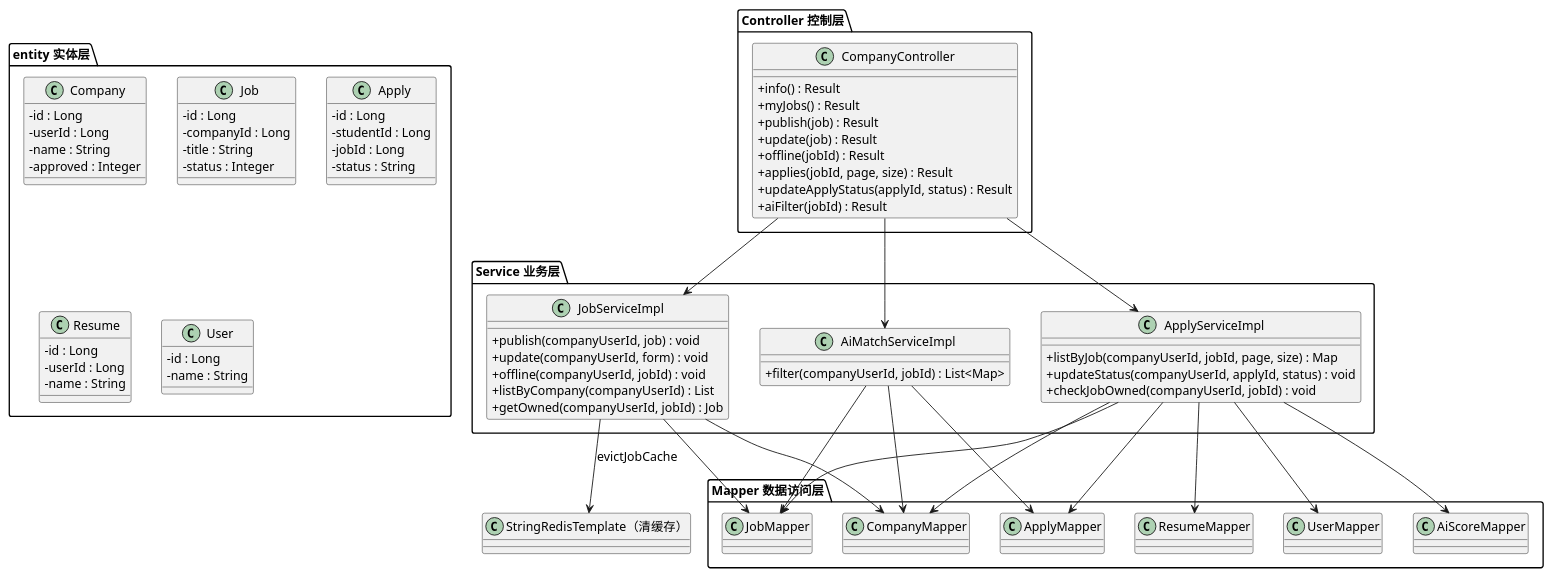
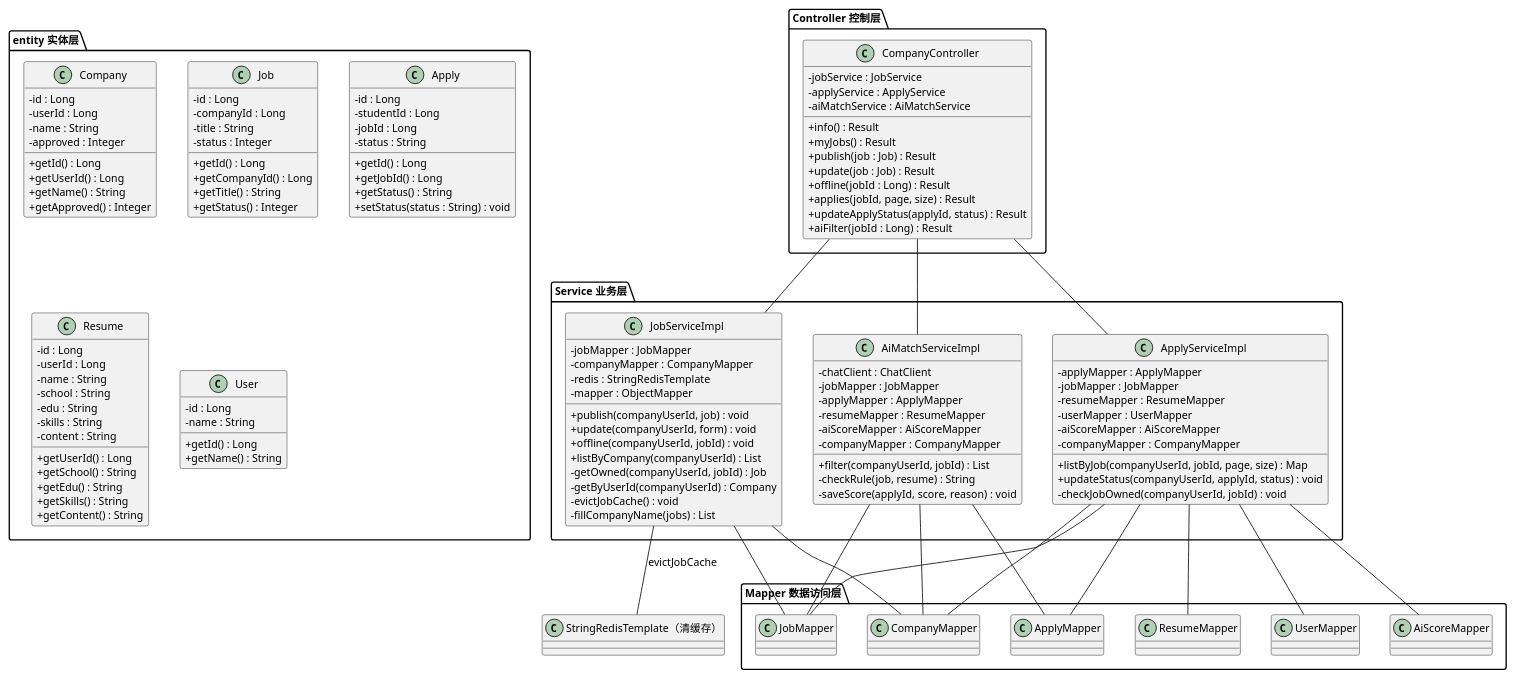
The diagram in uml/何贵剑/design-class-company.puml (sheep7-bot/recruit-internship-system), drawn with PlantUML before and after one commit. The commit also changed 61 other files, not shown here.

Commit message:
完善 AI 简历解析服务，更新 UML 图集；API Key 改为环境变量读取

```diff
--- a/uml/何贵剑/design-class-company.puml
+++ b/uml/何贵剑/design-class-company.puml
@@ -1,94 +1,142 @@
 @startuml 何贵剑-企业端设计类图
 skinparam defaultFontName "Microsoft YaHei"
 skinparam classAttributeIconSize 0
-skinparam defaultFontSize 14
+skinparam defaultFontSize 12
+skinparam defaultFontSize 12
 
 package "Controller 控制层" {
   class CompanyController {
+    -jobService : JobService
+    -applyService : ApplyService
+    -aiMatchService : AiMatchService
     +info() : Result
     +myJobs() : Result
-    +publish(job) : Result
-    +update(job) : Result
-    +offline(jobId) : Result
+    +publish(job : Job) : Result
+    +update(job : Job) : Result
+    +offline(jobId : Long) : Result
     +applies(jobId, page, size) : Result
     +updateApplyStatus(applyId, status) : Result
-    +aiFilter(jobId) : Result
+    +aiFilter(jobId : Long) : Result
   }
 }
 
 package "Service 业务层" {
   class JobServiceImpl {
+    -jobMapper : JobMapper
+    -companyMapper : CompanyMapper
+    -redis : StringRedisTemplate
+    -mapper : ObjectMapper
     +publish(companyUserId, job) : void
     +update(companyUserId, form) : void
     +offline(companyUserId, jobId) : void
     +listByCompany(companyUserId) : List
-    +getOwned(companyUserId, jobId) : Job
+    -getOwned(companyUserId, jobId) : Job
+    -getByUserId(companyUserId) : Company
+    -evictJobCache() : void
+    -fillCompanyName(jobs) : List
   }
   class ApplyServiceImpl {
+    -applyMapper : ApplyMapper
+    -jobMapper : JobMapper
+    -resumeMapper : ResumeMapper
+    -userMapper : UserMapper
+    -aiScoreMapper : AiScoreMapper
+    -companyMapper : CompanyMapper
     +listByJob(companyUserId, jobId, page, size) : Map
     +updateStatus(companyUserId, applyId, status) : void
-    +checkJobOwned(companyUserId, jobId) : void
+    -checkJobOwned(companyUserId, jobId) : void
   }
   class AiMatchServiceImpl {
-    +filter(companyUserId, jobId) : List<Map>
+    -chatClient : ChatClient
+    -jobMapper : JobMapper
+    -applyMapper : ApplyMapper
+    -resumeMapper : ResumeMapper
+    -aiScoreMapper : AiScoreMapper
+    -companyMapper : CompanyMapper
+    +filter(companyUserId, jobId) : List
+    -checkRule(job, resume) : String
+    -saveScore(applyId, score, reason) : void
   }
 }
 
 package "Mapper 数据访问层" {
   class JobMapper
   class CompanyMapper
   class ApplyMapper
   class ResumeMapper
   class UserMapper
   class AiScoreMapper
 }
 
 package "entity 实体层" {
   class Company {
     -id : Long
     -userId : Long
     -name : String
     -approved : Integer
+    +getId() : Long
+    +getUserId() : Long
+    +getName() : String
+    +getApproved() : Integer
   }
   class Job {
     -id : Long
     -companyId : Long
     -title : String
     -status : Integer
+    +getId() : Long
+    +getCompanyId() : Long
+    +getTitle() : String
+    +getStatus() : Integer
   }
   class Apply {
     -id : Long
     -studentId : Long
     -jobId : Long
     -status : String
+    +getId() : Long
+    +getJobId() : Long
+    +getStatus() : String
+    +setStatus(status : String) : void
   }
   class Resume {
     -id : Long
     -userId : Long
     -name : String
+    -school : String
+    -edu : String
+    -skills : String
+    -content : String
+    +getUserId() : Long
+    +getSchool() : String
+    +getEdu() : String
+    +getSkills() : String
+    +getContent() : String
   }
   class User {
     -id : Long
     -name : String
+    +getId() : Long
+    +getName() : String
   }
 }
 
 class "StringRedisTemplate（清缓存）" as redis
 
-CompanyController --> JobServiceImpl
-CompanyController --> ApplyServiceImpl
-CompanyController --> AiMatchServiceImpl
+CompanyController -- JobServiceImpl
+CompanyController -- ApplyServiceImpl
+CompanyController -- AiMatchServiceImpl
 
-JobServiceImpl --> JobMapper
-JobServiceImpl --> CompanyMapper
-JobServiceImpl --> redis : evictJobCache
-ApplyServiceImpl --> ApplyMapper
-ApplyServiceImpl --> JobMapper
-ApplyServiceImpl --> CompanyMapper
-ApplyServiceImpl --> ResumeMapper
-ApplyServiceImpl --> UserMapper
-ApplyServiceImpl --> AiScoreMapper
-AiMatchServiceImpl --> JobMapper
-AiMatchServiceImpl --> CompanyMapper
-AiMatchServiceImpl --> ApplyMapper
+JobServiceImpl -- JobMapper
+JobServiceImpl -- CompanyMapper
+JobServiceImpl -- redis : evictJobCache
+ApplyServiceImpl -- ApplyMapper
+ApplyServiceImpl -- JobMapper
+ApplyServiceImpl -- CompanyMapper
+ApplyServiceImpl -- ResumeMapper
+ApplyServiceImpl -- UserMapper
+ApplyServiceImpl -- AiScoreMapper
+AiMatchServiceImpl -- JobMapper
+AiMatchServiceImpl -- CompanyMapper
+AiMatchServiceImpl -- ApplyMapper
 @enduml
```
